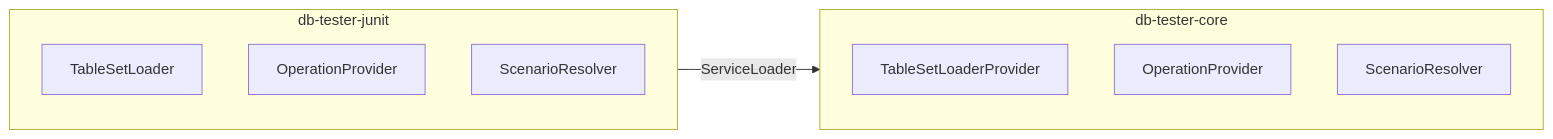
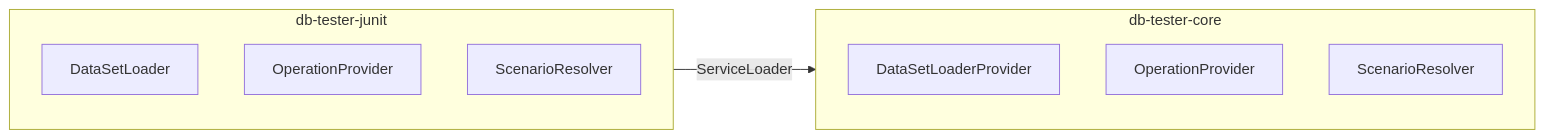
One commit to seijikohara/db-tester changed the second of 2 diagrams in docs/specs/architecture.md. Above: the diagram before and after it, drawn with Mermaid. The commit also changed other lines of this file and 141 other files, not shown here.

````diff
--- a/docs/specs/architecture.md
+++ b/docs/specs/architecture.md
@@ -153,16 +156,16 @@
 ```mermaid
 flowchart LR
     subgraph JUNIT[db-tester-junit]
-        U1[TableSetLoader]
+        U1[DataSetLoader]
         U2[OperationProvider]
         U3[ScenarioResolver]
     end
 
     subgraph CORE[db-tester-core]
-        P1[TableSetLoaderProvider]
+        P1[DataSetLoaderProvider]
         P2[OperationProvider]
         P3[ScenarioResolver]
     end
 
     JUNIT -->|ServiceLoader| CORE
 ```
````
